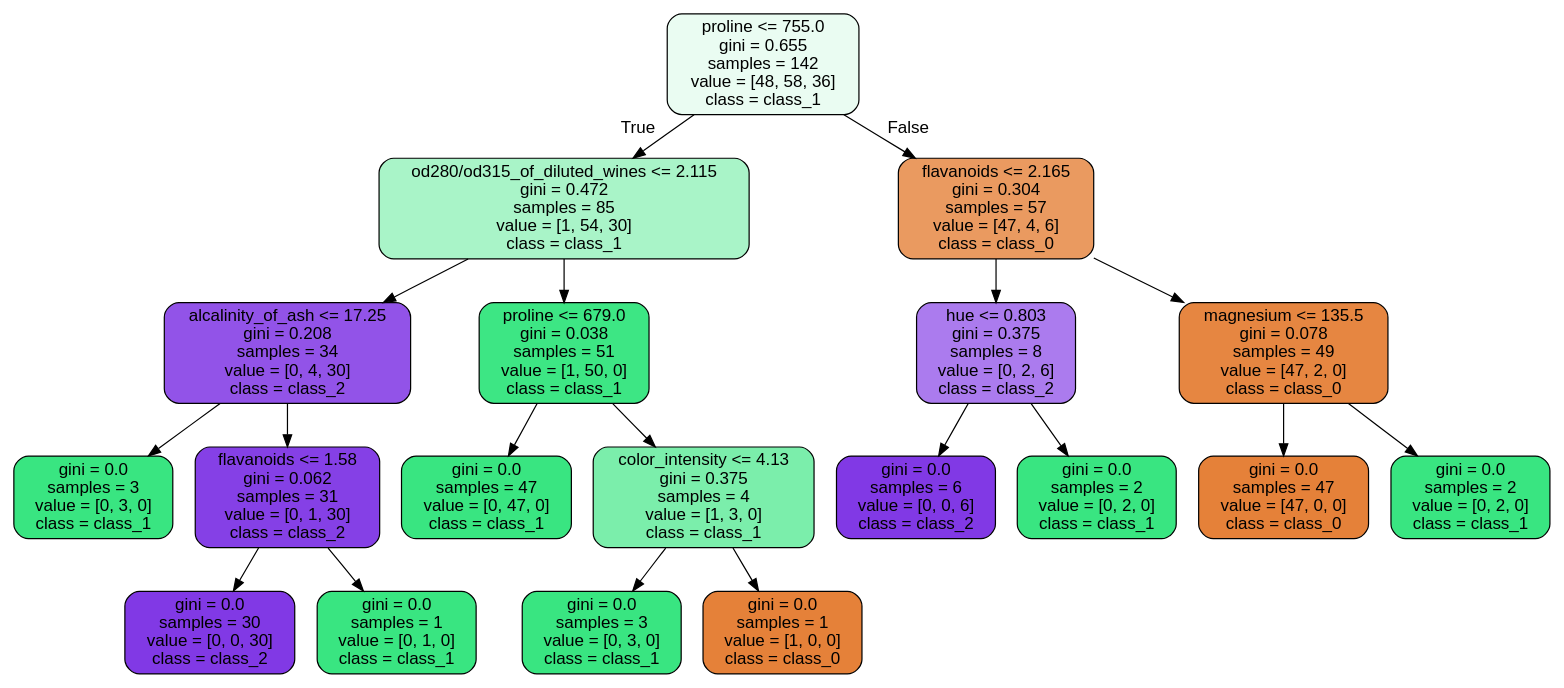
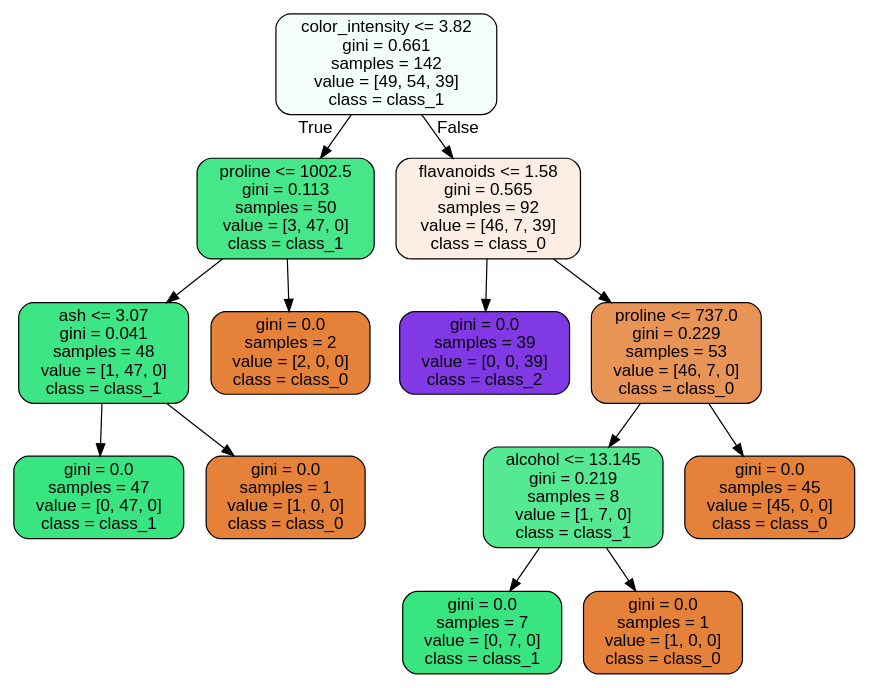
One commit to JoseDeJesusMendozaBecerril/Practica4_MineriaDeDatos changed the diagram in images/decision_trees/wine_tree_train.dot. Above: the diagram before and after it, drawn with Graphviz. The commit also changed 9 other files, not shown here.

```diff
--- a/images/decision_trees/wine_tree_train.dot
+++ b/images/decision_trees/wine_tree_train.dot
@@ -1,41 +1,29 @@
 digraph Tree {
 node [shape=box, style="filled, rounded", color="black", fontname=helvetica] ;
 edge [fontname=helvetica] ;
-0 [label="proline <= 755.0\ngini = 0.655\nsamples = 142\nvalue = [48, 58, 36]\nclass = class_1", fillcolor="#eafcf2"] ;
-1 [label="od280/od315_of_diluted_wines <= 2.115\ngini = 0.472\nsamples = 85\nvalue = [1, 54, 30]\nclass = class_1", fillcolor="#a9f4c8"] ;
+0 [label="color_intensity <= 3.82\ngini = 0.661\nsamples = 142\nvalue = [49, 54, 39]\nclass = class_1", fillcolor="#f4fef8"] ;
+1 [label="proline <= 1002.5\ngini = 0.113\nsamples = 50\nvalue = [3, 47, 0]\nclass = class_1", fillcolor="#46e789"] ;
 0 -> 1 [labeldistance=2.5, labelangle=45, headlabel="True"] ;
-2 [label="alcalinity_of_ash <= 17.25\ngini = 0.208\nsamples = 34\nvalue = [0, 4, 30]\nclass = class_2", fillcolor="#9253e8"] ;
+2 [label="ash <= 3.07\ngini = 0.041\nsamples = 48\nvalue = [1, 47, 0]\nclass = class_1", fillcolor="#3de684"] ;
 1 -> 2 ;
-3 [label="gini = 0.0\nsamples = 3\nvalue = [0, 3, 0]\nclass = class_1", fillcolor="#39e581"] ;
+3 [label="gini = 0.0\nsamples = 47\nvalue = [0, 47, 0]\nclass = class_1", fillcolor="#39e581"] ;
 2 -> 3 ;
-4 [label="flavanoids <= 1.58\ngini = 0.062\nsamples = 31\nvalue = [0, 1, 30]\nclass = class_2", fillcolor="#8540e6"] ;
+4 [label="gini = 0.0\nsamples = 1\nvalue = [1, 0, 0]\nclass = class_0", fillcolor="#e58139"] ;
 2 -> 4 ;
-5 [label="gini = 0.0\nsamples = 30\nvalue = [0, 0, 30]\nclass = class_2", fillcolor="#8139e5"] ;
-4 -> 5 ;
-6 [label="gini = 0.0\nsamples = 1\nvalue = [0, 1, 0]\nclass = class_1", fillcolor="#39e581"] ;
-4 -> 6 ;
-7 [label="proline <= 679.0\ngini = 0.038\nsamples = 51\nvalue = [1, 50, 0]\nclass = class_1", fillcolor="#3de684"] ;
-1 -> 7 ;
-8 [label="gini = 0.0\nsamples = 47\nvalue = [0, 47, 0]\nclass = class_1", fillcolor="#39e581"] ;
-7 -> 8 ;
-9 [label="color_intensity <= 4.13\ngini = 0.375\nsamples = 4\nvalue = [1, 3, 0]\nclass = class_1", fillcolor="#7beeab"] ;
-7 -> 9 ;
-10 [label="gini = 0.0\nsamples = 3\nvalue = [0, 3, 0]\nclass = class_1", fillcolor="#39e581"] ;
+5 [label="gini = 0.0\nsamples = 2\nvalue = [2, 0, 0]\nclass = class_0", fillcolor="#e58139"] ;
+1 -> 5 ;
+6 [label="flavanoids <= 1.58\ngini = 0.565\nsamples = 92\nvalue = [46, 7, 39]\nclass = class_0", fillcolor="#fceee5"] ;
+0 -> 6 [labeldistance=2.5, labelangle=-45, headlabel="False"] ;
+7 [label="gini = 0.0\nsamples = 39\nvalue = [0, 0, 39]\nclass = class_2", fillcolor="#8139e5"] ;
+6 -> 7 ;
+8 [label="proline <= 737.0\ngini = 0.229\nsamples = 53\nvalue = [46, 7, 0]\nclass = class_0", fillcolor="#e99457"] ;
+6 -> 8 ;
+9 [label="alcohol <= 13.145\ngini = 0.219\nsamples = 8\nvalue = [1, 7, 0]\nclass = class_1", fillcolor="#55e993"] ;
+8 -> 9 ;
+10 [label="gini = 0.0\nsamples = 7\nvalue = [0, 7, 0]\nclass = class_1", fillcolor="#39e581"] ;
 9 -> 10 ;
 11 [label="gini = 0.0\nsamples = 1\nvalue = [1, 0, 0]\nclass = class_0", fillcolor="#e58139"] ;
 9 -> 11 ;
-12 [label="flavanoids <= 2.165\ngini = 0.304\nsamples = 57\nvalue = [47, 4, 6]\nclass = class_0", fillcolor="#ea9a60"] ;
-0 -> 12 [labeldistance=2.5, labelangle=-45, headlabel="False"] ;
-13 [label="hue <= 0.803\ngini = 0.375\nsamples = 8\nvalue = [0, 2, 6]\nclass = class_2", fillcolor="#ab7bee"] ;
-12 -> 13 ;
-14 [label="gini = 0.0\nsamples = 6\nvalue = [0, 0, 6]\nclass = class_2", fillcolor="#8139e5"] ;
-13 -> 14 ;
-15 [label="gini = 0.0\nsamples = 2\nvalue = [0, 2, 0]\nclass = class_1", fillcolor="#39e581"] ;
-13 -> 15 ;
-16 [label="magnesium <= 135.5\ngini = 0.078\nsamples = 49\nvalue = [47, 2, 0]\nclass = class_0", fillcolor="#e68641"] ;
-12 -> 16 ;
-17 [label="gini = 0.0\nsamples = 47\nvalue = [47, 0, 0]\nclass = class_0", fillcolor="#e58139"] ;
-16 -> 17 ;
-18 [label="gini = 0.0\nsamples = 2\nvalue = [0, 2, 0]\nclass = class_1", fillcolor="#39e581"] ;
-16 -> 18 ;
+12 [label="gini = 0.0\nsamples = 45\nvalue = [45, 0, 0]\nclass = class_0", fillcolor="#e58139"] ;
+8 -> 12 ;
 }
```
